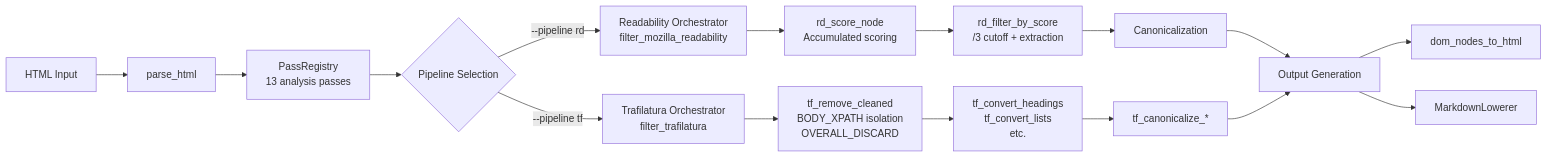
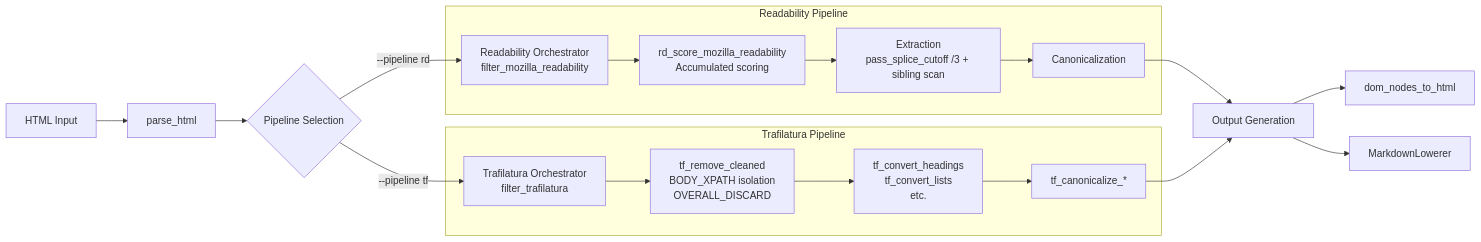
The diagram in delulu-apps/webfetch/ARCHITECTURE.md (mratsim/delulu), drawn with Mermaid before and after one commit. The commit also changed other lines of this file and 2921 other files, not shown here.

First line of the commit message:
Trafilatura pipeline improvement (#14)

````diff
--- a/delulu-apps/webfetch/ARCHITECTURE.md
+++ b/delulu-apps/webfetch/ARCHITECTURE.md
@@ -9,22 +12,25 @@
 ```mermaid
 flowchart LR
     HTML[HTML Input] --> Parse[parse_html]
-    Parse --> Registry[PassRegistry<br/>13 analysis passes]
-    Registry --> Orchestrator{Pipeline Selection}
+    Parse --> Orchestrator{Pipeline Selection}
     
     Orchestrator -->|--pipeline rd| RD[Readability Orchestrator<br/>filter_mozilla_readability]
     Orchestrator -->|--pipeline tf| TF[Trafilatura Orchestrator<br/>filter_trafilatura]
     
-    RD --> RDScore[rd_score_node<br/>Accumulated scoring]
-    RDScore --> RDFilter[rd_filter_by_score<br/>/3 cutoff + extraction]
-    RDFilter --> RDCanon[Canonicalization]
+    subgraph RD_Pipeline[Readability Pipeline]
+        RD --> RDScore[rd_score_mozilla_readability<br/>Accumulated scoring]
+        RDScore --> RDFilter[Extraction<br/>pass_splice_cutoff /3 + sibling scan]
+        RDFilter --> RDCanon[Canonicalization]
+    end
     
-    TF --> TFFilter[tf_remove_cleaned<br/>BODY_XPATH isolation<br/>OVERALL_DISCARD]
-    TFFilter --> TFTransform[tf_convert_headings<br/>tf_convert_lists<br/>etc.]
-    TFTransform --> TFCanon[tf_canonicalize_*]
+    subgraph TF_Pipeline[Trafilatura Pipeline]
+        TF --> TFFilter[tf_remove_cleaned<br/>BODY_XPATH isolation<br/>OVERALL_DISCARD]
+        TFFilter --> TFTransform[tf_convert_headings<br/>tf_convert_lists<br/>etc.]
+        TFTransform --> TFCanon[tf_canonicalize_*]
+    end
     
     RDCanon --> Output[Output Generation]
     TFCanon --> Output
     Output --> gen_html[dom_nodes_to_html]
     Output --> gen_md[MarkdownLowerer]
 ```
````
